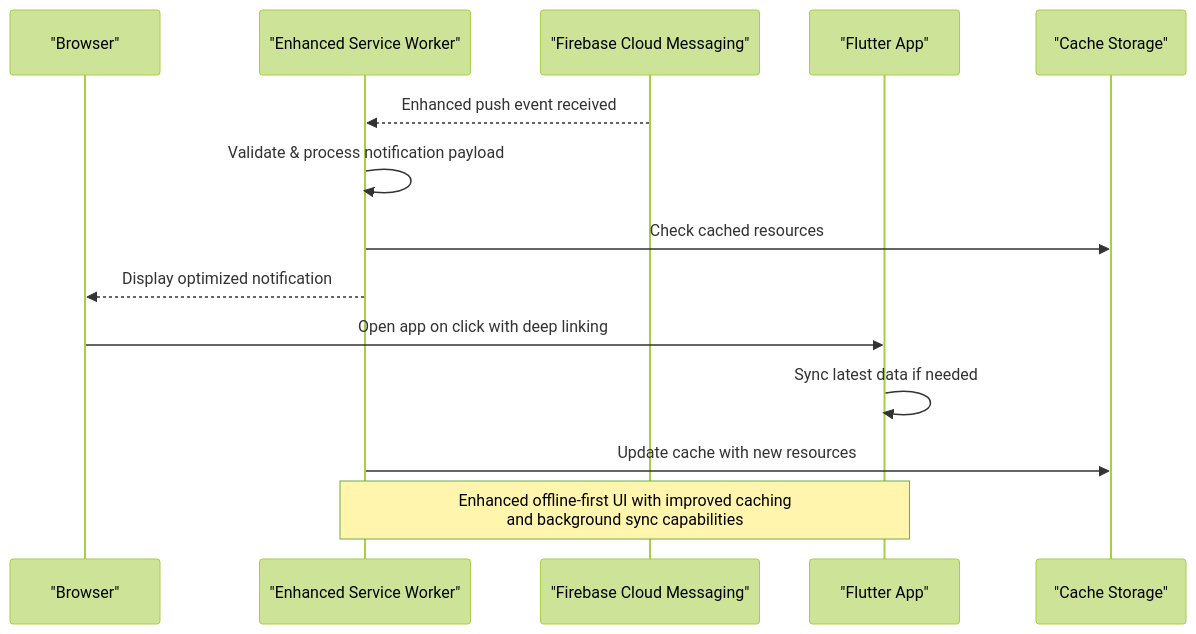
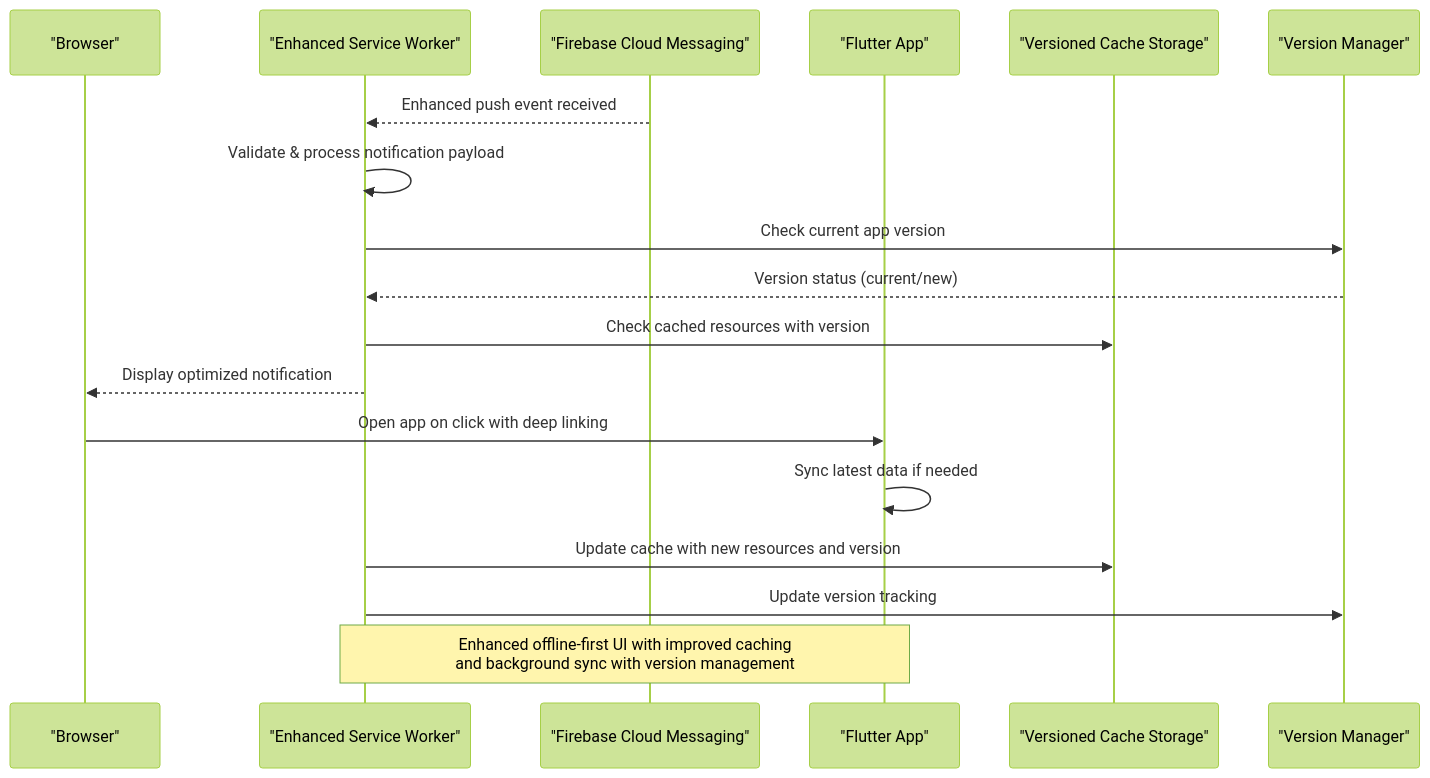
One commit to raihom-netizen/com.gestaoyahwehios.app changed the sixth of 8 diagrams in .qoder/repowiki/en/content/Web Platform/Web Platform.md. Above: the diagram before and after it, drawn with Mermaid (forest theme). The commit also changed other lines of this file and 161 other files, not shown here.

````diff
--- a/.qoder/repowiki/en/content/Web Platform/Web Platform.md
+++ b/.qoder/repowiki/en/content/Web Platform/Web Platform.md
@@ -338,16 +374,20 @@
 ```mermaid
 sequenceDiagram
 participant Browser as "Browser"
 participant SW as "Enhanced Service Worker"
 participant FCM as "Firebase Cloud Messaging"
 participant App as "Flutter App"
-participant Cache as "Cache Storage"
+participant Cache as "Versioned Cache Storage"
+participant VersionMgr as "Version Manager"
 FCM-->>SW : Enhanced push event received
 SW->>SW : Validate & process notification payload
-SW->>Cache : Check cached resources
+SW->>VersionMgr : Check current app version
+VersionMgr-->>SW : Version status (current/new)
+SW->>Cache : Check cached resources with version
 SW-->>Browser : Display optimized notification
 Browser->>App : Open app on click with deep linking
 App->>App : Sync latest data if needed
-SW->>Cache : Update cache with new resources
-Note over App,SW : Enhanced offline-first UI with improved caching<br/>and background sync capabilities
+SW->>Cache : Update cache with new resources and version
+SW->>VersionMgr : Update version tracking
+Note over App,SW : Enhanced offline-first UI with improved caching<br/>and background sync with version management
 ```
````
